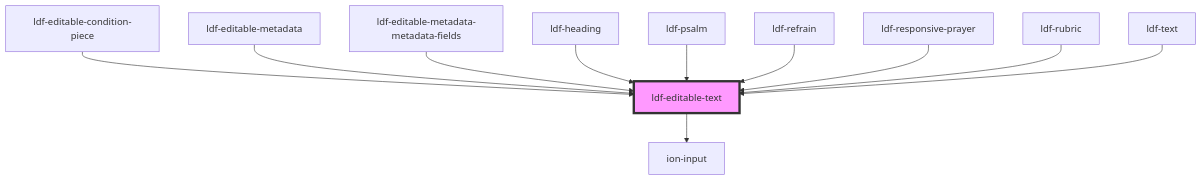
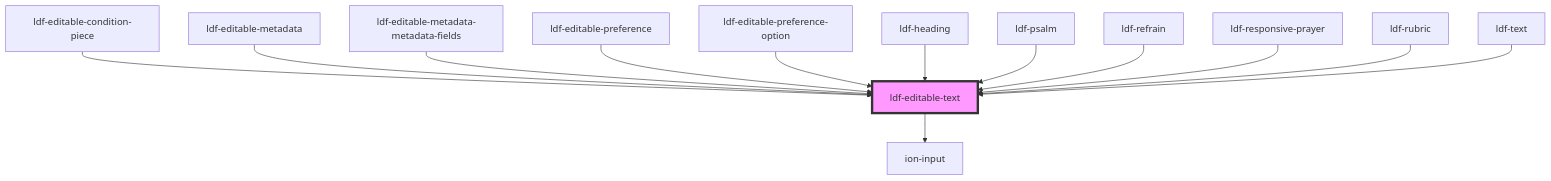
One commit to gbj/venite changed the diagram in components/src/components/editable-text/readme.md. Above: the diagram before and after it, drawn with Mermaid. The commit also changed other lines of this file and 18 other files, not shown here.

````diff
--- a/components/src/components/editable-text/readme.md
+++ b/components/src/components/editable-text/readme.md
@@ -49,14 +51,16 @@
 ```mermaid
 graph TD;
   ldf-editable-text --> ion-input
   ldf-editable-condition-piece --> ldf-editable-text
   ldf-editable-metadata --> ldf-editable-text
   ldf-editable-metadata-metadata-fields --> ldf-editable-text
+  ldf-editable-preference --> ldf-editable-text
+  ldf-editable-preference-option --> ldf-editable-text
   ldf-heading --> ldf-editable-text
   ldf-psalm --> ldf-editable-text
   ldf-refrain --> ldf-editable-text
   ldf-responsive-prayer --> ldf-editable-text
   ldf-rubric --> ldf-editable-text
   ldf-text --> ldf-editable-text
   style ldf-editable-text fill:#f9f,stroke:#333,stroke-width:4px
 ```
````
